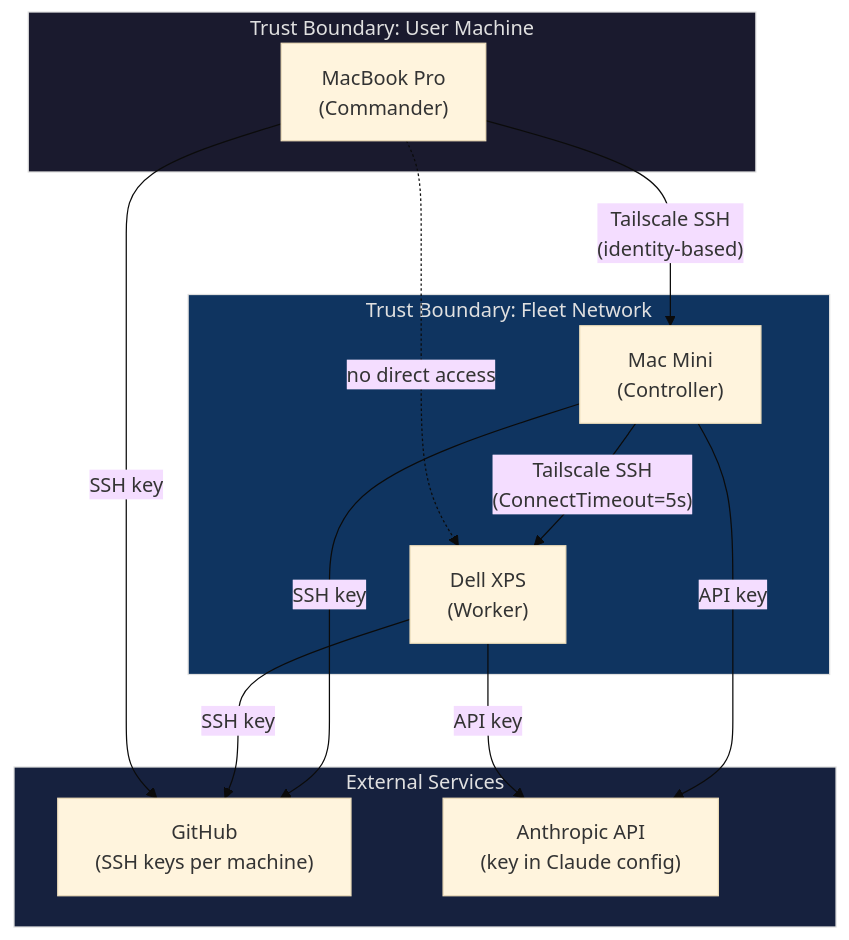
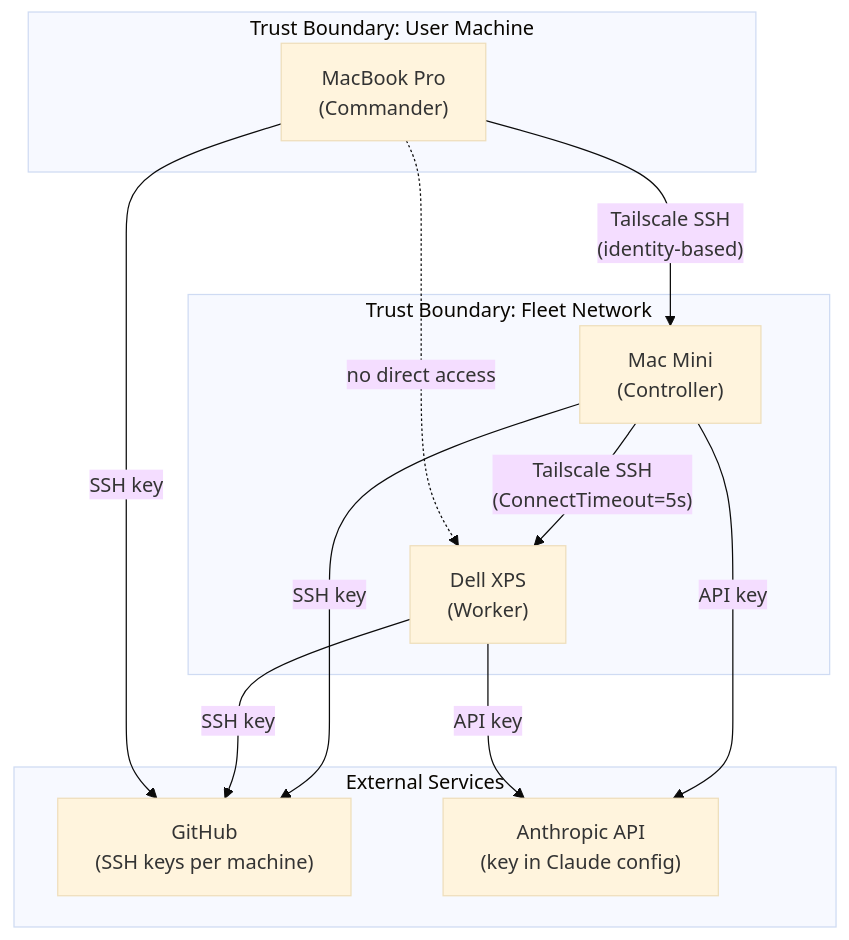
Before and after one commit to doyun-gu/claude-handler: the fourth of 9 diagrams in docs/ARCHITECTURE.md, drawn with Mermaid (base theme). The commit also changed other lines of this file, not shown here.

First line of the commit message:
Remove custom dark colors from mermaid diagrams

````diff
--- a/docs/ARCHITECTURE.md
+++ b/docs/ARCHITECTURE.md
@@ -153,29 +146,26 @@
 ```mermaid
 flowchart TB
     subgraph Trust1["Trust Boundary: User Machine"]
         MacBook["MacBook Pro\n(Commander)"]
     end
 
     subgraph Trust2["Trust Boundary: Fleet Network"]
         MiniCtrl["Mac Mini\n(Controller)"]
         DellWorker["Dell XPS\n(Worker)"]
     end
 
     subgraph External["External Services"]
         GitHub["GitHub\n(SSH keys per machine)"]
         Anthropic["Anthropic API\n(key in Claude config)"]
     end
 
     MacBook -->|"Tailscale SSH\n(identity-based)"| MiniCtrl
     MiniCtrl -->|"Tailscale SSH\n(ConnectTimeout=5s)"| DellWorker
     MacBook -.->|"no direct access"| DellWorker
     MiniCtrl -->|"SSH key"| GitHub
     DellWorker -->|"SSH key"| GitHub
     MacBook -->|"SSH key"| GitHub
     MiniCtrl -->|"API key"| Anthropic
     DellWorker -->|"API key"| Anthropic
 
-    style Trust1 fill:#1a1a2e,stroke:#e0e0e0,color:#e0e0e0
-    style Trust2 fill:#0f3460,stroke:#e0e0e0,color:#e0e0e0
-    style External fill:#16213e,stroke:#e0e0e0,color:#e0e0e0
 ```
````
